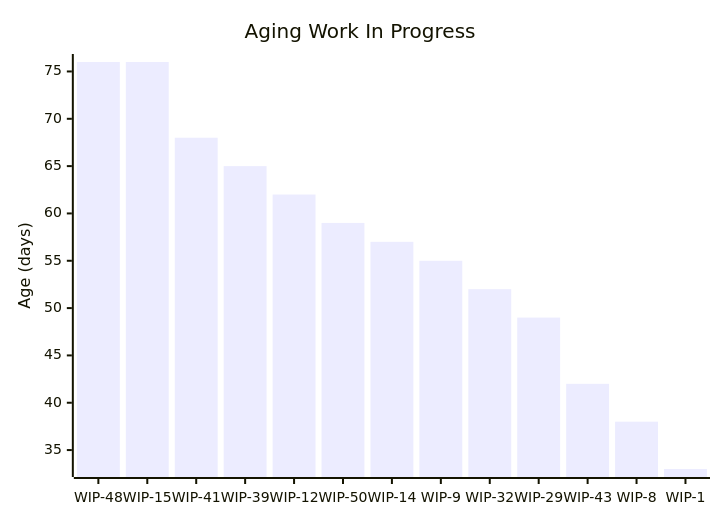
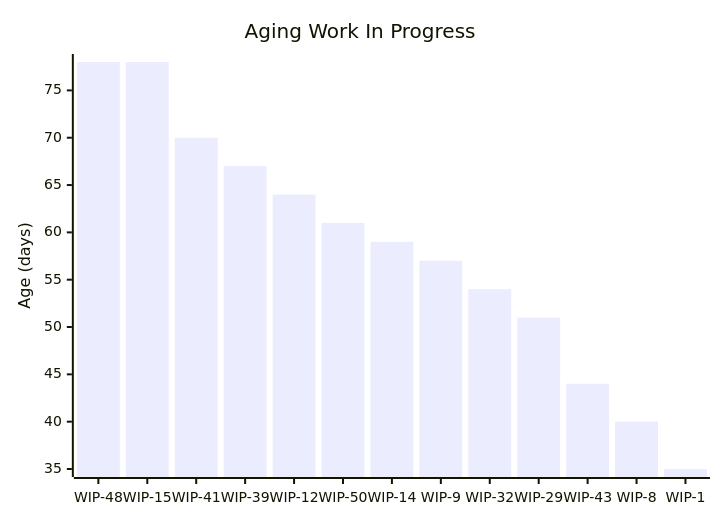
Before and after one commit to cbroult/predictability-engine: the first of 5 diagrams in data/samples/reports/sample_data_large/types/Bug.md, drawn with Mermaid. The commit also changed other lines of this file and 73 other files, not shown here.

````diff
--- a/data/samples/reports/sample_data_large/types/Bug.md
+++ b/data/samples/reports/sample_data_large/types/Bug.md
@@ -30,7 +30,7 @@
 ```mermaid
 xychart-beta
     title "Aging Work In Progress"
     x-axis ["WIP-48", "WIP-15", "WIP-41", "WIP-39", "WIP-12", "WIP-50", "WIP-14", "WIP-9", "WIP-32", "WIP-29", "WIP-43", "WIP-8", "WIP-1"]
     y-axis "Age (days)"
-    bar "Age" [76, 76, 68, 65, 62, 59, 57, 55, 52, 49, 42, 38, 33]
+    bar "Age" [78, 78, 70, 67, 64, 61, 59, 57, 54, 51, 44, 40, 35]
 ```
````
